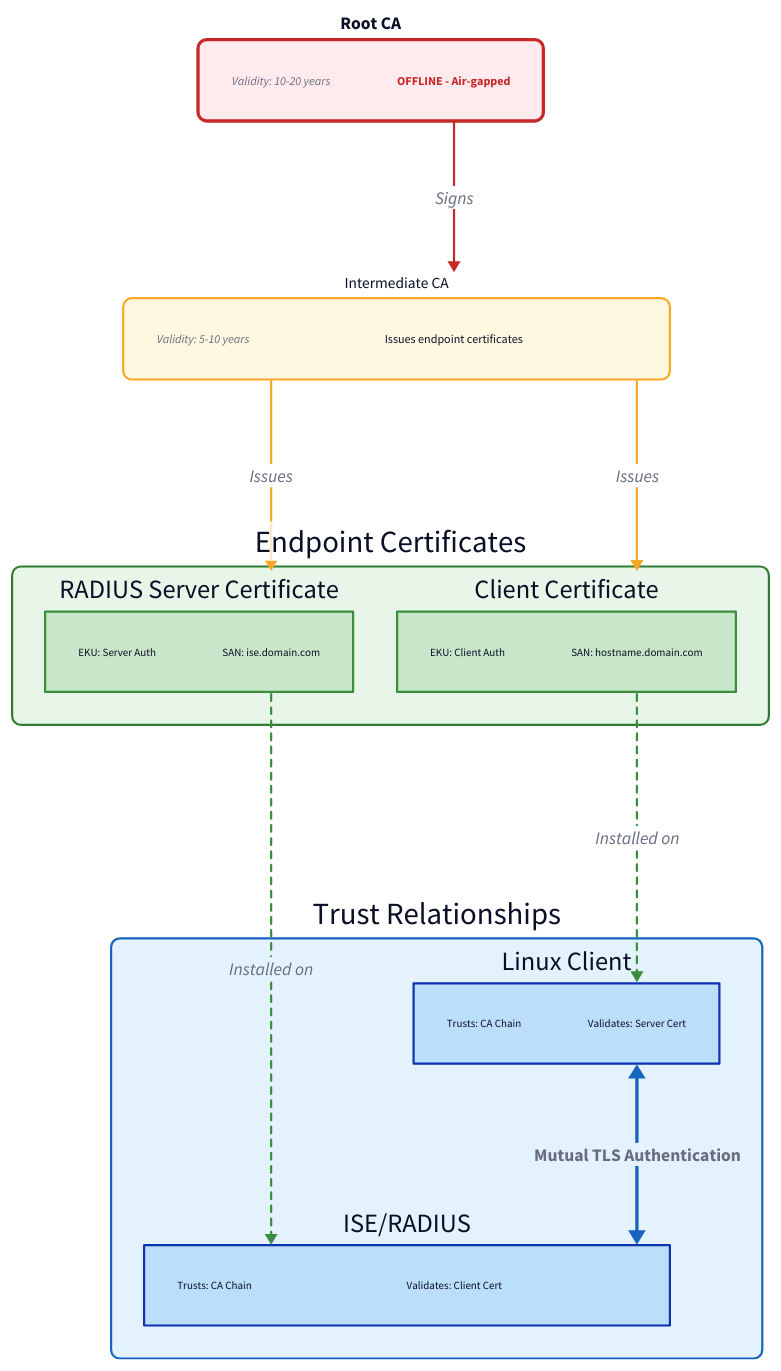
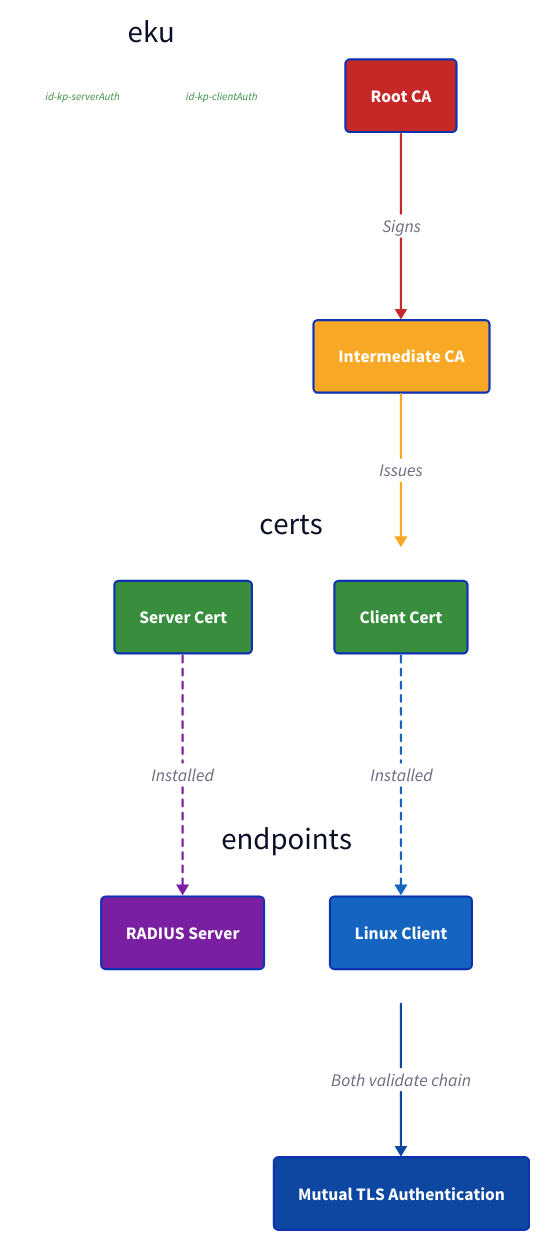
The diagram in docs/asciidoc/modules/ROOT/images/diagrams/eap-tls-cert-chain.d2 (EvanusModestus/architectus-linux), drawn with D2 before and after one commit. The commit also changed 7 other files, not shown here.

First line of the commit message:
content(eap-tls): add RFC reference, clean up D2 diagrams

```diff
--- a/docs/asciidoc/modules/ROOT/images/diagrams/eap-tls-cert-chain.d2
+++ b/docs/asciidoc/modules/ROOT/images/diagrams/eap-tls-cert-chain.d2
@@ -1,153 +1,149 @@
-# EAP-TLS Certificate Chain Architecture
-# Architectus Linux Documentation
+# EAP-TLS Certificate Chain
 
 direction: down
 
-# PKI Hierarchy
-root_ca: Root CA {
+# PKI Hierarchy - clean vertical flow
+root: Root CA {
   shape: rectangle
   style: {
-    fill: "#ffebee"
-    stroke: "#c62828"
-    stroke-width: 3
-    border-radius: 8
-    font-size: 16
+    fill: "#c62828"
+    font-color: white
     bold: true
-  }
-
-  validity: "Validity: 10-20 years" {
-    shape: text
-    style: { font-size: 11; italic: true }
-  }
-  offline: "OFFLINE - Air-gapped" {
-    shape: text
-    style: { font-size: 11; font-color: "#c62828"; bold: true }
+    border-radius: 4
   }
 }
 
-intermediate_ca: Intermediate CA {
+intermediate: Intermediate CA {
   shape: rectangle
   style: {
-    fill: "#fff8e1"
-    stroke: "#f9a825"
-    stroke-width: 2
-    border-radius: 8
-    font-size: 14
-  }
-
-  validity: "Validity: 5-10 years" {
-    shape: text
-    style: { font-size: 11; italic: true }
-  }
-  issuing: "Issues endpoint certificates" {
-    shape: text
-    style: { font-size: 11 }
+    fill: "#f9a825"
+    font-color: white
+    bold: true
+    border-radius: 4
   }
 }
 
-root_ca -> intermediate_ca: "Signs" {
+# Endpoint certs side by side
+certs: {
+  direction: right
+  style: {
+    fill: transparent
+    stroke: transparent
+  }
+
+  server: Server Cert {
+    shape: rectangle
+    style: {
+      fill: "#388e3c"
+      font-color: white
+      bold: true
+      border-radius: 4
+    }
+  }
+
+  client: Client Cert {
+    shape: rectangle
+    style: {
+      fill: "#388e3c"
+      font-color: white
+      bold: true
+      border-radius: 4
+    }
+  }
+}
+
+# Signing chain
+root -> intermediate: "Signs" {
   style: {
     stroke: "#c62828"
     stroke-width: 2
   }
 }
 
-# Endpoint Certificates
-endpoints: Endpoint Certificates {
+intermediate -> certs: "Issues" {
   style: {
-    fill: "#e8f5e9"
-    stroke: "#2e7d32"
-    border-radius: 8
+    stroke: "#f9a825"
+    stroke-width: 2
+  }
+}
+
+# Trust endpoints side by side
+endpoints: {
+  direction: right
+  style: {
+    fill: transparent
+    stroke: transparent
   }
 
-  server_cert: RADIUS Server Certificate {
+  ise: RADIUS Server {
     shape: rectangle
     style: {
-      fill: "#c8e6c9"
-      stroke: "#388e3c"
-    }
-    eku: "EKU: Server Auth" {
-      shape: text
-      style: { font-size: 10 }
-    }
-    san: "SAN: ise.domain.com" {
-      shape: text
-      style: { font-size: 10 }
+      fill: "#7b1fa2"
+      font-color: white
+      bold: true
+      border-radius: 4
     }
   }
 
-  client_cert: Client Certificate {
+  linux: Linux Client {
     shape: rectangle
     style: {
-      fill: "#c8e6c9"
-      stroke: "#388e3c"
-    }
-    eku: "EKU: Client Auth" {
-      shape: text
-      style: { font-size: 10 }
-    }
-    san: "SAN: hostname.domain.com" {
-      shape: text
-      style: { font-size: 10 }
+      fill: "#1565c0"
+      font-color: white
+      bold: true
+      border-radius: 4
     }
   }
 }
 
-intermediate_ca -> endpoints.server_cert: "Issues" {
-  style: { stroke: "#f9a825" }
-}
-intermediate_ca -> endpoints.client_cert: "Issues" {
-  style: { stroke: "#f9a825" }
-}
-
-# Trust relationships
-trust: Trust Relationships {
-  shape: rectangle
+# Install relationships
+certs.server -> endpoints.ise: "Installed" {
   style: {
-    fill: "#e3f2fd"
-    stroke: "#1565c0"
-    border-radius: 8
-  }
-
-  linux: Linux Client {
-    shape: rectangle
-    style: { fill: "#bbdefb" }
-    trusts: "Trusts: CA Chain" {
-      shape: text
-      style: { font-size: 10 }
-    }
-    validates: "Validates: Server Cert" {
-      shape: text
-      style: { font-size: 10 }
-    }
-  }
-
-  ise: ISE/RADIUS {
-    shape: rectangle
-    style: { fill: "#bbdefb" }
-    trusts: "Trusts: CA Chain" {
-      shape: text
-      style: { font-size: 10 }
-    }
-    validates: "Validates: Client Cert" {
-      shape: text
-      style: { font-size: 10 }
-    }
+    stroke: "#7b1fa2"
+    stroke-dash: 3
   }
 }
 
-endpoints.client_cert -> trust.linux: "Installed on" {
-  style: { stroke: "#388e3c"; stroke-dash: 3 }
-}
-endpoints.server_cert -> trust.ise: "Installed on" {
-  style: { stroke: "#388e3c"; stroke-dash: 3 }
+certs.client -> endpoints.linux: "Installed" {
+  style: {
+    stroke: "#1565c0"
+    stroke-dash: 3
+  }
 }
 
-# Mutual authentication
-trust.linux <-> trust.ise: "Mutual TLS Authentication" {
+# Mutual auth
+mutual: Mutual TLS Authentication {
+  shape: rectangle
   style: {
-    stroke: "#1565c0"
-    stroke-width: 3
+    fill: "#0d47a1"
+    font-color: white
     bold: true
+    border-radius: 4
   }
 }
+
+endpoints -> mutual: "Both validate chain" {
+  style: {
+    stroke: "#0d47a1"
+    stroke-width: 2
+  }
+}
+
+# EKU annotations
+eku: {
+  direction: right
+  style: {
+    fill: transparent
+    stroke: transparent
+  }
+
+  server_eku: "id-kp-serverAuth" {
+    shape: text
+    style: { font-size: 10; italic: true; font-color: "#388e3c" }
+  }
+
+  client_eku: "id-kp-clientAuth" {
+    shape: text
+    style: { font-size: 10; italic: true; font-color: "#388e3c" }
+  }
+}
```
